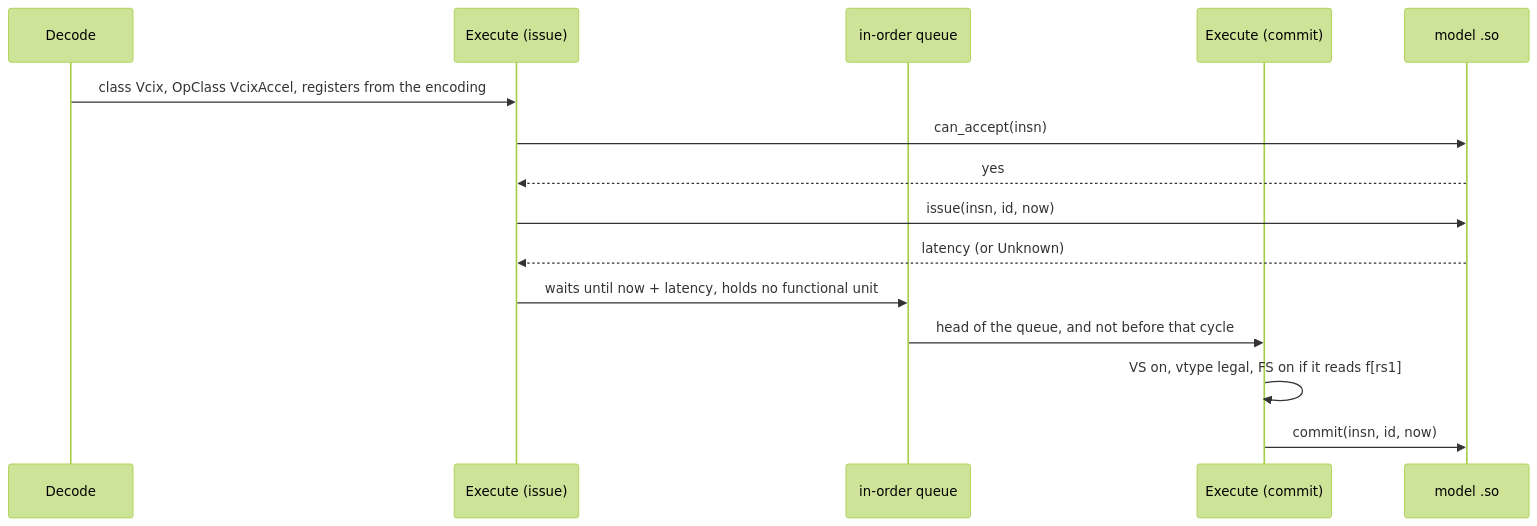
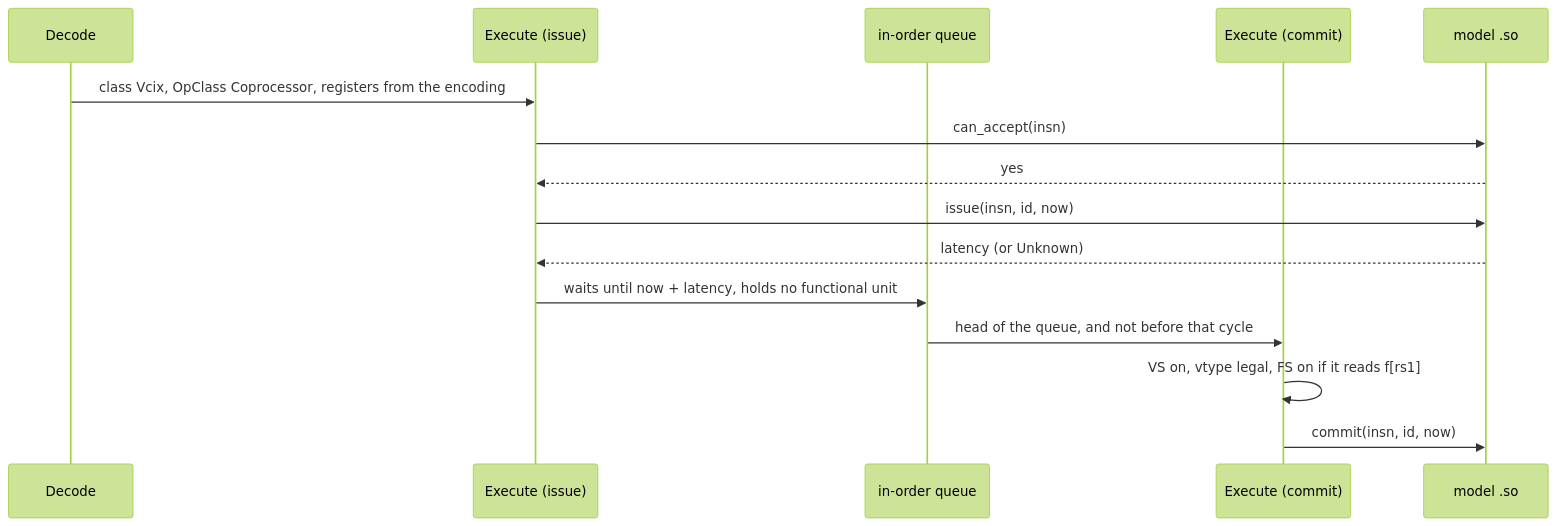
One commit to PSAL-POSTECH/Coprocessor changed the first of 2 diagrams in adapters/gem5/README.md. Above: the diagram before and after it, drawn with Mermaid (forest theme). The commit also changed other lines of this file and 34 other files, not shown here.

First line of the commit message:
vcix-accelerator is coprocessor

````diff
--- a/adapters/gem5/README.md
+++ b/adapters/gem5/README.md
@@ -33,17 +33,17 @@
 ```mermaid
 sequenceDiagram
     participant D as Decode
     participant E as Execute (issue)
     participant Q as in-order queue
     participant C as Execute (commit)
     participant M as model .so
-    D->>E: class Vcix, OpClass VcixAccel, registers from the encoding
+    D->>E: class Vcix, OpClass Coprocessor, registers from the encoding
     E->>M: can_accept(insn)
     M-->>E: yes
     E->>M: issue(insn, id, now)
     M-->>E: latency (or Unknown)
     E->>Q: waits until now + latency, holds no functional unit
     Q->>C: head of the queue, and not before that cycle
     C->>C: VS on, vtype legal, FS on if it reads f[rs1]
     C->>M: commit(insn, id, now)
 ```
````
